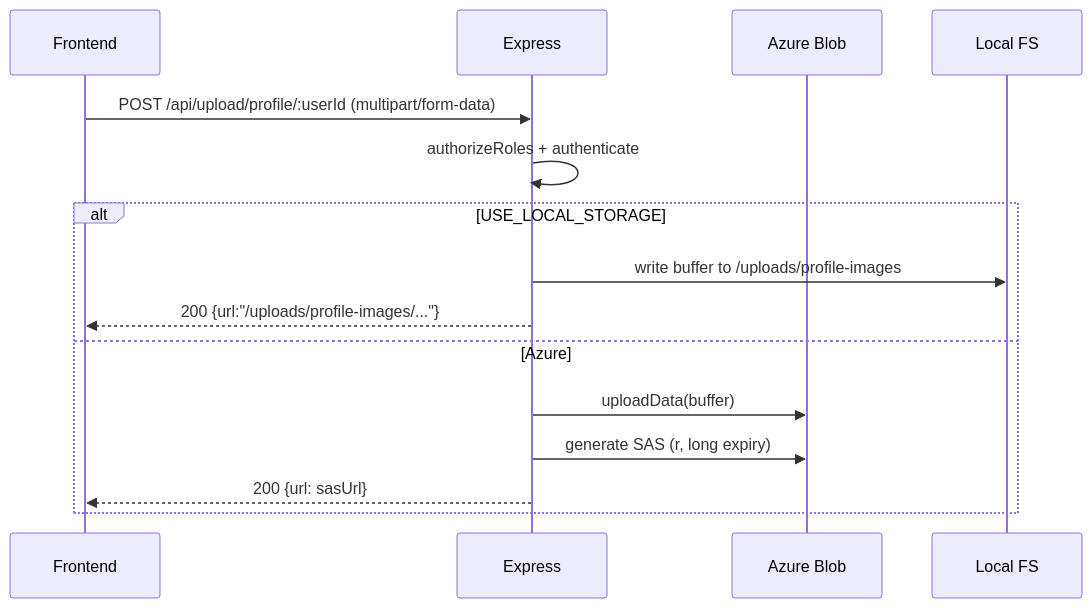
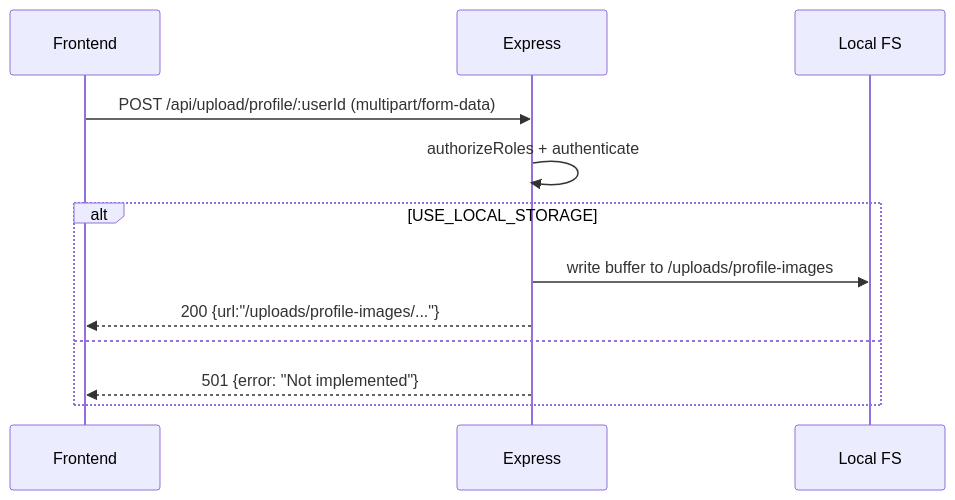
Diagram 18 of 21 in srs.md (thisisdkyadav/hostel-management-system-backend), drawn with Mermaid before and after one commit. The commit also changed other lines of this file, not shown here.

First line of the commit message:
refactor: Revise Software Requirements Specification (SRS) to remove Azure Blob Storage and SSO references

````diff
--- a/srs.md
+++ b/srs.md
@@ -478,18 +468,16 @@
 ```mermaid
 sequenceDiagram
   participant FE as Frontend
   participant EX as Express
-  participant A as Azure Blob
+  %% Azure Blob removed
   participant FS as Local FS
 
   FE->>EX: POST /api/upload/profile/:userId (multipart/form-data)
   EX->>EX: authorizeRoles + authenticate
   alt USE_LOCAL_STORAGE
     EX->>FS: write buffer to /uploads/profile-images
     EX-->>FE: 200 {url:"/uploads/profile-images/..."}
-  else Azure
-    EX->>A: uploadData(buffer)
-    EX->>A: generate SAS (r, long expiry)
-    EX-->>FE: 200 {url: sasUrl}
+  else
+    EX-->>FE: 501 {error: "Not implemented"}
   end
 ```
````
